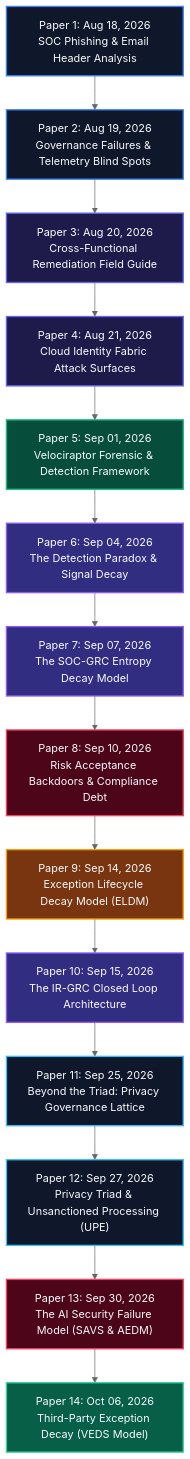
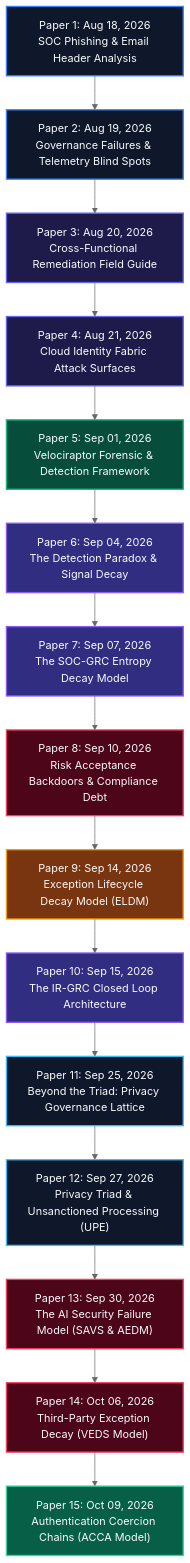
The first of 3 diagrams in README.md (hiro001-eth/What-I-Learned-Today-on-SOC-GRC-), drawn with Mermaid (neutral theme) before and after one commit. The commit also changed other lines of this file and 2 other files, not shown here.

Commit message:
feat(paper-15): Publish Paper 15 (ACCA Model & Safety Architecture) and update README

````diff
--- a/README.md
+++ b/README.md
@@ -44,36 +44,37 @@
 ```mermaid
 graph TD
     AUG18["Paper 1: Aug 18, 2026<br/>SOC Phishing & Email Header Analysis"] --> AUG19["Paper 2: Aug 19, 2026<br/>Governance Failures & Telemetry Blind Spots"]
     AUG19 --> AUG20["Paper 3: Aug 20, 2026<br/>Cross-Functional Remediation Field Guide"]
     AUG20 --> AUG21["Paper 4: Aug 21, 2026<br/>Cloud Identity Fabric Attack Surfaces"]
     AUG21 --> SEP01["Paper 5: Sep 01, 2026<br/>Velociraptor Forensic & Detection Framework"]
     SEP01 --> SEP04["Paper 6: Sep 04, 2026<br/>The Detection Paradox & Signal Decay"]
     SEP04 --> SEP07["Paper 7: Sep 07, 2026<br/>The SOC-GRC Entropy Decay Model"]
     SEP07 --> SEP10["Paper 8: Sep 10, 2026<br/>Risk Acceptance Backdoors & Compliance Debt"]
     SEP10 --> SEP14["Paper 9: Sep 14, 2026<br/>Exception Lifecycle Decay Model (ELDM)"]
     SEP14 --> SEP15["Paper 10: Sep 15, 2026<br/>The IR-GRC Closed Loop Architecture"]
     SEP15 --> SEP25["Paper 11: Sep 25, 2026<br/>Beyond the Triad: Privacy Governance Lattice"]
     SEP25 --> SEP27["Paper 12: Sep 27, 2026<br/>Privacy Triad & Unsanctioned Processing (UPE)"]
     SEP27 --> SEP30["Paper 13: Sep 30, 2026<br/>The AI Security Failure Model (SAVS & AEDM)"]
     SEP30 --> OCT06["Paper 14: Oct 06, 2026<br/>Third-Party Exception Decay (VEDS Model)"]
+    OCT06 --> OCT09["Paper 15: Oct 09, 2026<br/>Authentication Coercion Chains (ACCA Model)"]
 
     classDef foundation fill:#0F172A,stroke:#3B82F6,color:#F8FAFC,stroke-width:2px;
     classDef telemetry fill:#1E1B4B,stroke:#6366F1,color:#F8FAFC,stroke-width:2px;
     classDef forensics fill:#064E3B,stroke:#10B981,color:#F8FAFC,stroke-width:2px;
     classDef theoretical fill:#312E81,stroke:#8B5CF6,color:#F8FAFC,stroke-width:2px;
     classDef critical fill:#4C0519,stroke:#F43F5E,color:#F8FAFC,stroke-width:2px;
     classDef breakthrough fill:#78350F,stroke:#F59E0B,color:#F8FAFC,stroke-width:2px;
     classDef privacy fill:#0F172A,stroke:#38BDF8,color:#F8FAFC,stroke-width:2px;
     classDef latest fill:#065F46,stroke:#34D399,color:#F8FAFC,stroke-width:2px;
 
     class AUG18,AUG19 foundation;
     class AUG20,AUG21 telemetry;
     class SEP01 forensics;
     class SEP04,SEP07 theoretical;
     class SEP10 critical;
     class SEP14 breakthrough;
     class SEP15 theoretical;
     class SEP25,SEP27 privacy;
-    class SEP30 critical;
-    class OCT06 latest;
+    class SEP30,OCT06 critical;
+    class OCT09 latest;
 ```
````
